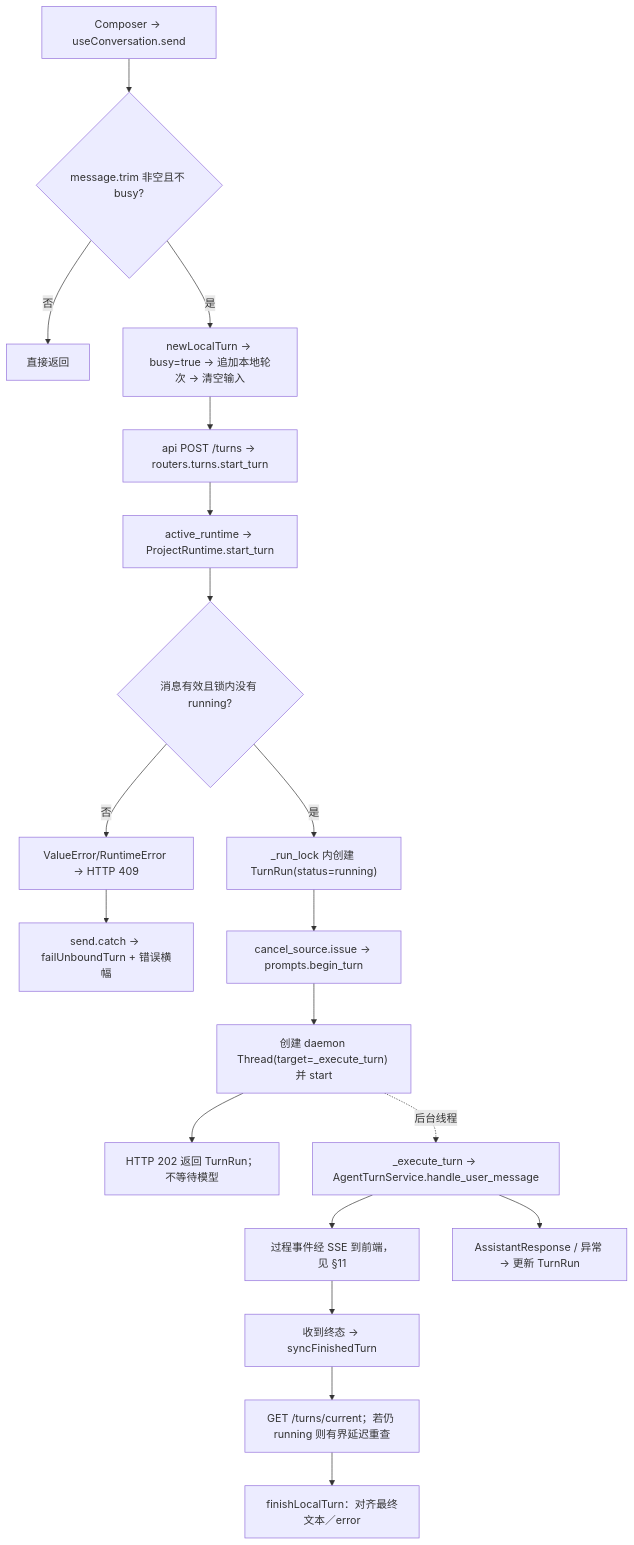
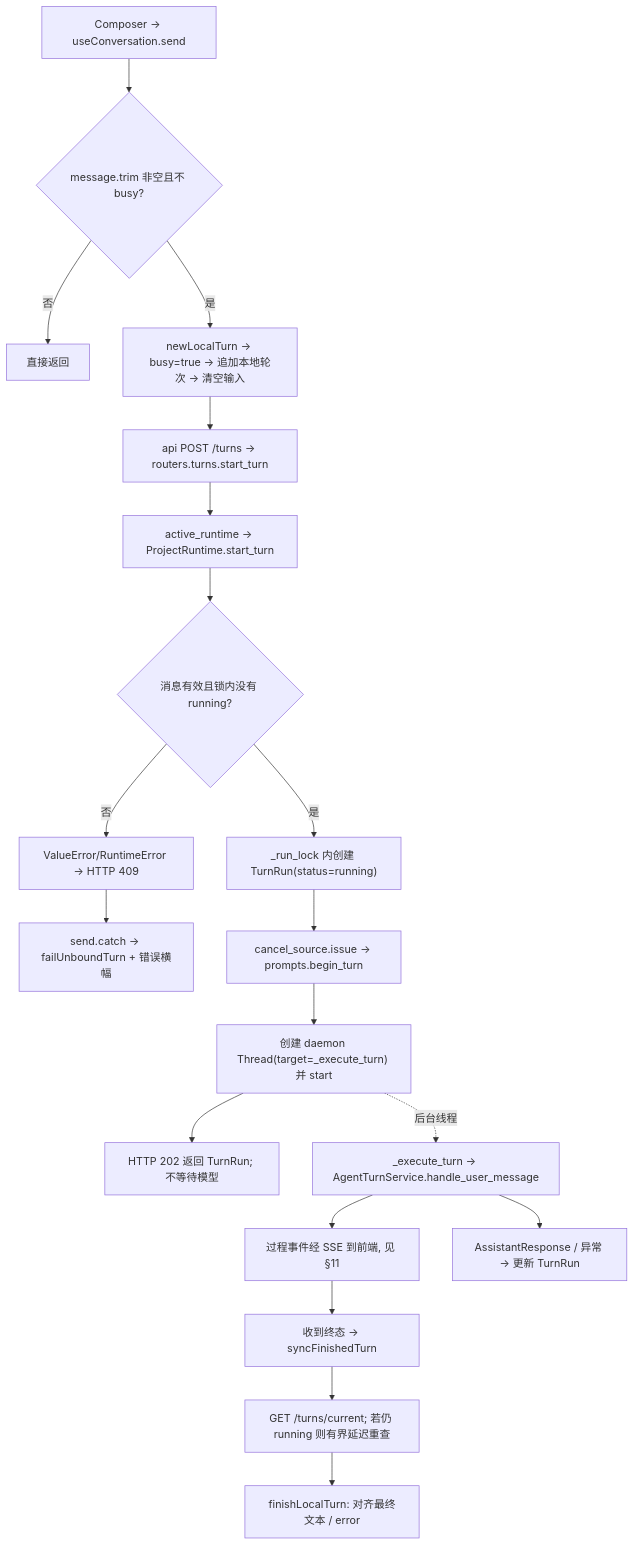
One commit to qubaolai/ForgeCLI changed the seventh of 50 diagrams in docs/06-代码阅读线路.md. Above: the diagram before and after it, drawn with Mermaid. The commit also changed other lines of this file and 292 other files, not shown here.

````diff
--- a/docs/06-代码阅读线路.md
+++ b/docs/06-代码阅读线路.md
@@ -342,21 +366,21 @@
 ```mermaid
 flowchart TD
     A["Composer → useConversation.send"] --> B{"message.trim 非空且不 busy?"}
     B -->|否| C["直接返回"]
     B -->|是| D["newLocalTurn → busy=true → 追加本地轮次 → 清空输入"]
     D --> E["api POST /turns → routers.turns.start_turn"]
     E --> F["active_runtime → ProjectRuntime.start_turn"]
     F --> G{"消息有效且锁内没有 running?"}
     G -->|否| H["ValueError/RuntimeError → HTTP 409"]
     H --> I["send.catch → failUnboundTurn + 错误横幅"]
     G -->|是| J["_run_lock 内创建 TurnRun(status=running)"]
     J --> K["cancel_source.issue → prompts.begin_turn"]
     K --> L["创建 daemon Thread(target=_execute_turn) 并 start"]
-    L --> M["HTTP 202 返回 TurnRun；不等待模型"]
+    L --> M["HTTP 202 返回 TurnRun; 不等待模型"]
     L -. "后台线程" .-> N["_execute_turn → AgentTurnService.handle_user_message"]
-    N --> O["过程事件经 SSE 到前端，见 §11"]
+    N --> O["过程事件经 SSE 到前端, 见 §11"]
     N --> P["AssistantResponse / 异常 → 更新 TurnRun"]
     O --> Q["收到终态 → syncFinishedTurn"]
-    Q --> R["GET /turns/current；若仍 running 则有界延迟重查"]
-    R --> S["finishLocalTurn：对齐最终文本／error"]
+    Q --> R["GET /turns/current; 若仍 running 则有界延迟重查"]
+    R --> S["finishLocalTurn: 对齐最终文本 / error"]
 ```
````
